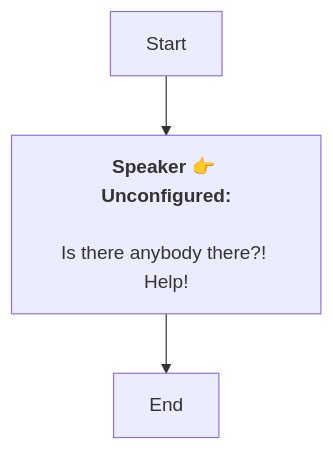
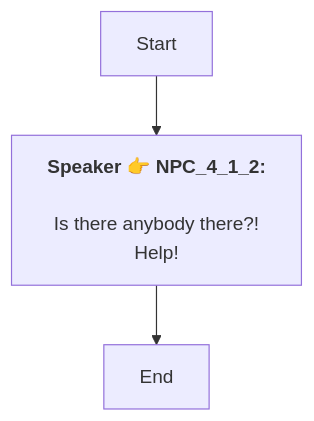
One commit to SoftHu/tos_avg changed the diagram in En/Dialog_55003939917700.md. Above: the diagram before and after it, drawn with Mermaid. The commit also changed 737 other files, not shown here.

````diff
--- a/En/Dialog_55003939917700.md
+++ b/En/Dialog_55003939917700.md
@@ -1,9 +1,8 @@
 ```mermaid
 graph
-Start -->1760126092401287[<b>Speaker 👉 Unconfigured:</b>
-
-Is there anybody there?! 
+Start -->1760126092401287[<b>Speaker 👉 NPC_4_1_2:</b>
+\nIs there anybody there?! 
 Help!]
 1760126092401287 -->1760126094372488[End]
 
- ```
+```
````
